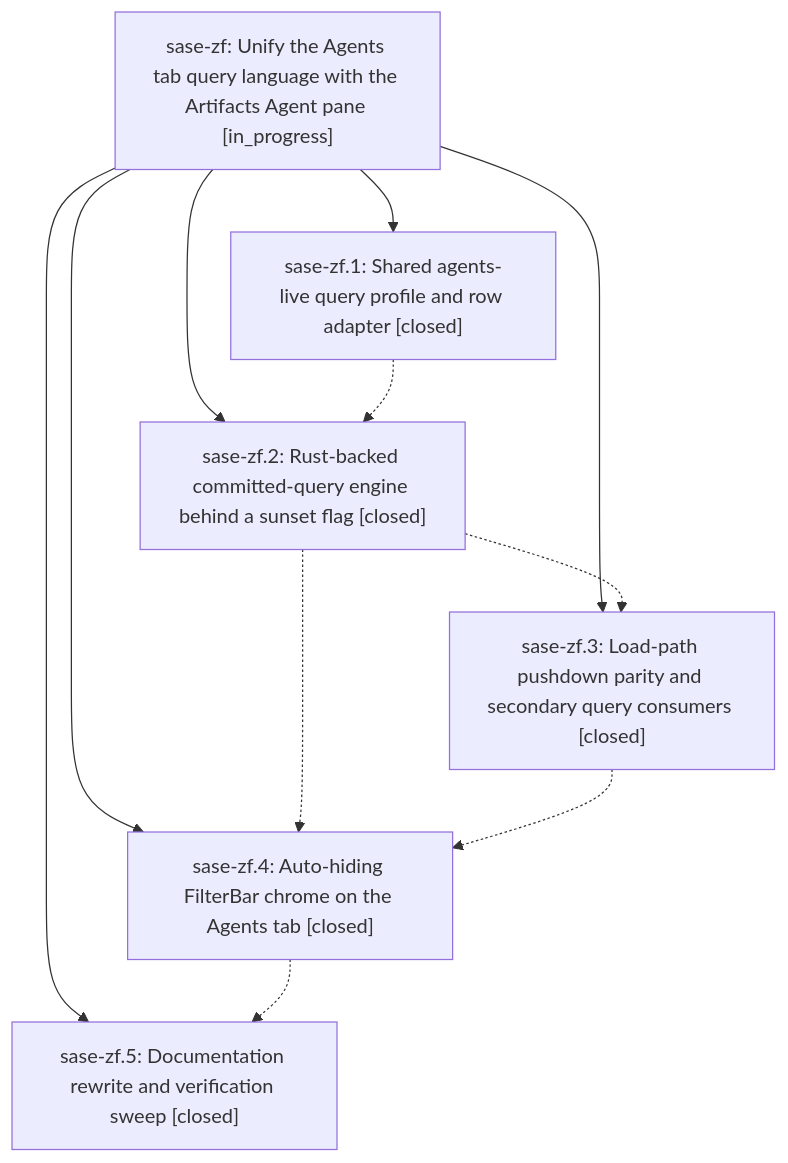
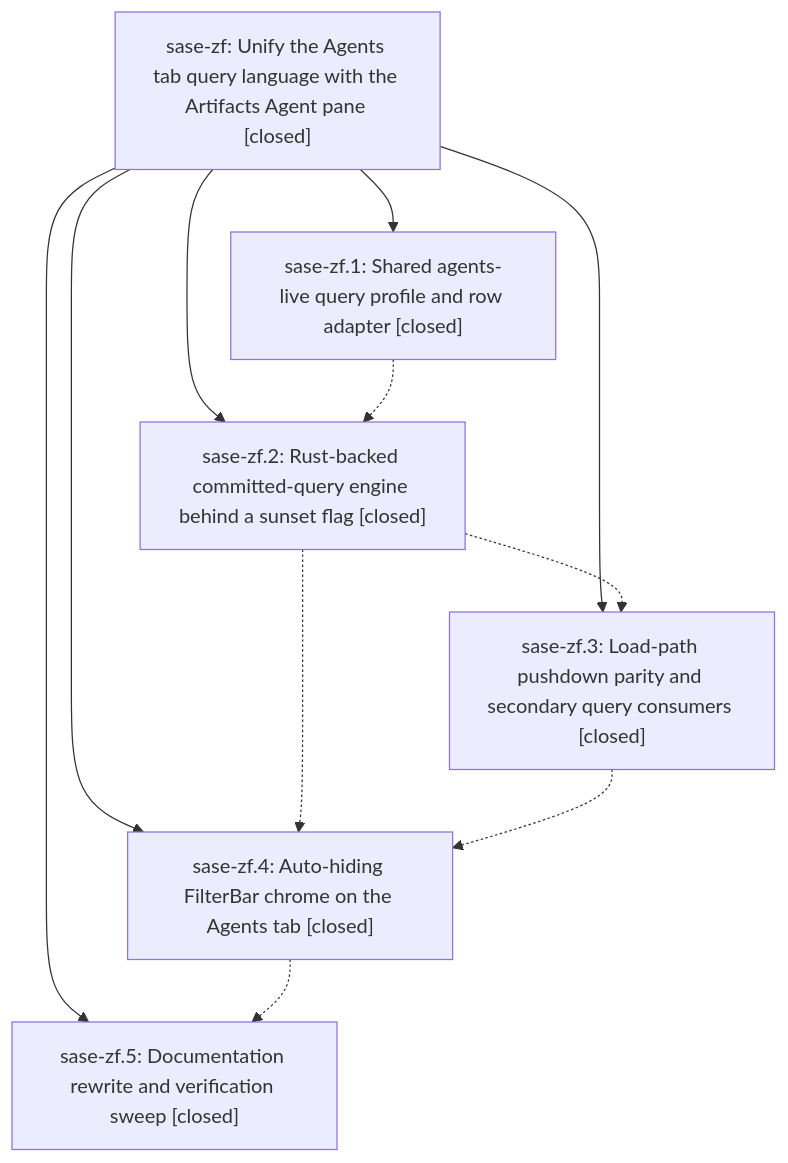
Before and after one commit to sase-org/sase--beads: the diagram in pages/sase-zf/README.md, drawn with Mermaid. The commit also changed other lines of this file, not shown here.

First line of the commit message:
chore(beads): sync bead state and pages for sase-zf

````diff
--- a/pages/sase-zf/README.md
+++ b/pages/sase-zf/README.md
@@ -38,19 +42,19 @@
 ```mermaid
 flowchart TD
-    n0["sase-zf: Unify the Agents tab query language with the Artifacts Agent pane [in_progress]"]
+    n0["sase-zf: Unify the Agents tab query language with the Artifacts Agent pane [closed]"]
     n1["sase-zf.1: Shared agents-live query profile and row adapter [closed]"]
     n2["sase-zf.2: Rust-backed committed-query engine behind a sunset flag [closed]"]
     n3["sase-zf.3: Load-path pushdown parity and secondary query consumers [closed]"]
     n4["sase-zf.4: Auto-hiding FilterBar chrome on the Agents tab [closed]"]
     n5["sase-zf.5: Documentation rewrite and verification sweep [closed]"]
     n0 --> n1
     n0 --> n2
     n0 --> n3
     n0 --> n4
     n0 --> n5
     n1 -.-> n2
     n2 -.-> n3
     n2 -.-> n4
     n3 -.-> n4
     n4 -.-> n5
 ```
````
